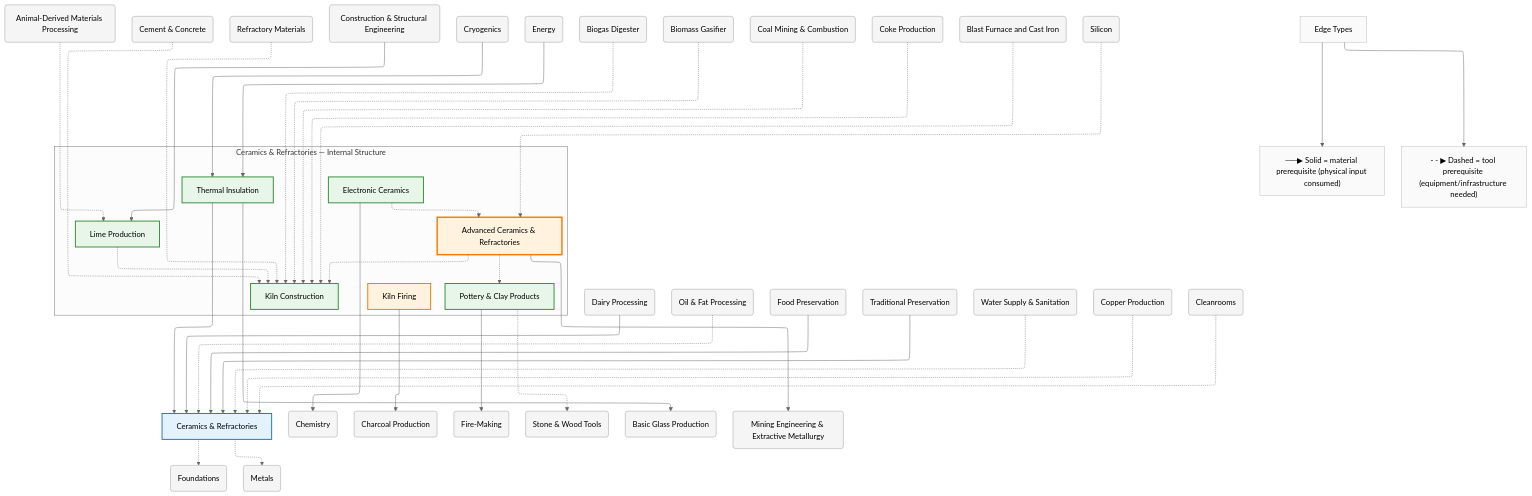
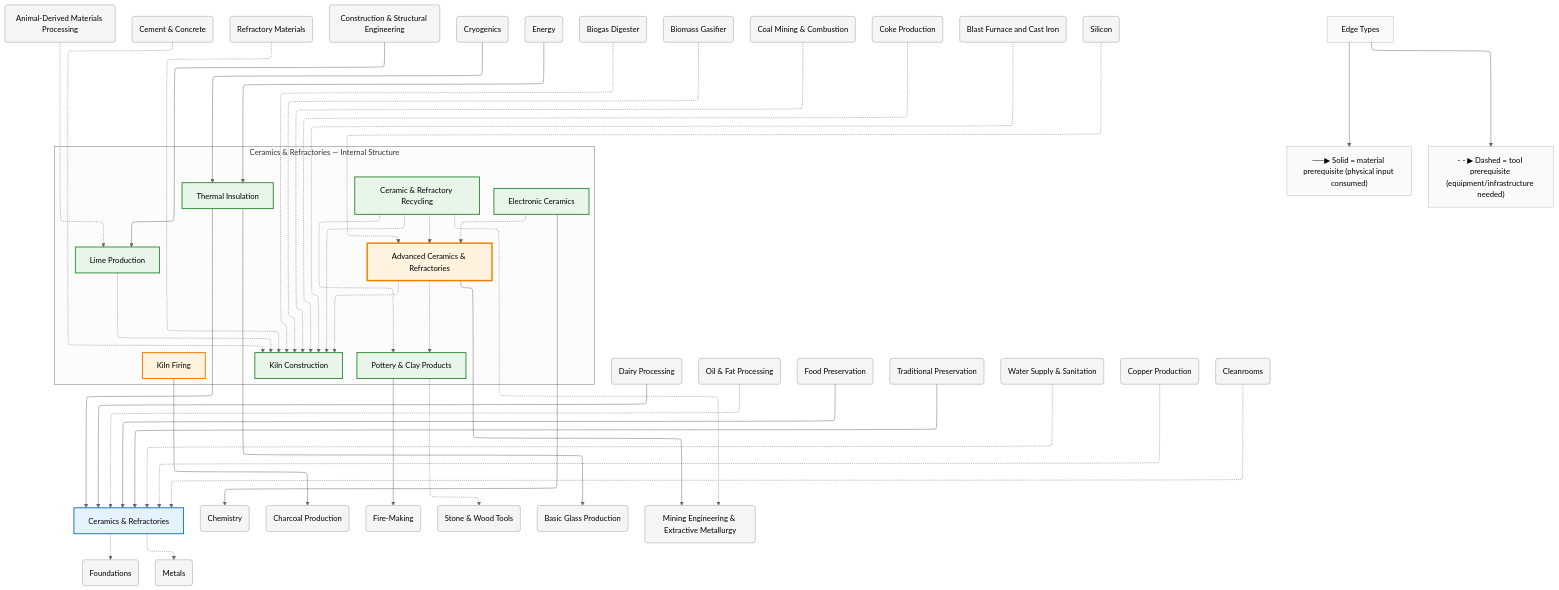
Before and after one commit to egofree/TechTree: the diagram in diagrams/mermaid/ceramics.mmd, drawn with Mermaid (neutral theme). The commit also changed 11 other files, not shown here.

First line of the commit message:
chore(diagrams): regenerate mermaid diagrams from updated entity data

```diff
--- a/diagrams/mermaid/ceramics.mmd
+++ b/diagrams/mermaid/ceramics.mmd
@@ -1,132 +1,138 @@
 %%{init: {"flowchart": {"defaultRenderer": "elk", "htmlLabels": true}}}%%
 graph TD
     %% Domain: Ceramics & Refractories
 
     %% ==================== INTERNAL NODES ====================
     subgraph ceramics_internal ["Ceramics & Refractories — Internal Structure"]
         direction TB
         ceramics_advanced-ceramics["Advanced Ceramics & Refractories"]
+        ceramics_ceramic-recycling["Ceramic & Refractory Recycling"]
         ceramics_electronic-ceramics["Electronic Ceramics"]
         ceramics_kilns["Kiln Construction"]
         ceramics_lime["Lime Production"]
         ceramics_pottery["Pottery & Clay Products"]
         ceramics_pottery_kiln-firing["Kiln Firing"]
         ceramics_thermal-insulation["Thermal Insulation"]
     end
 
     %% ==================== DOMAIN NODE ====================
     ceramics["Ceramics & Refractories"]
 
     %% ==================== EXTERNAL DEPENDENCIES ====================
     animals_animal-materials("Animal-Derived Materials Processing")
     chemistry("Chemistry")
     chemistry_cement("Cement & Concrete")
     chemistry_refractories("Refractory Materials")
     construction("Construction & Structural Engineering")
     cryogenics("Cryogenics")
     energy("Energy")
     energy_biomass-energy_biogas-digester("Biogas Digester")
     energy_biomass-energy_gasifier("Biomass Gasifier")
     energy_fuels_charcoal("Charcoal Production")
     energy_fuels_coal("Coal Mining & Combustion")
     energy_fuels_coke("Coke Production")
     food-processing_dairy("Dairy Processing")
     food-processing_oil-processing("Oil & Fat Processing")
     food-processing_preservation("Food Preservation")
     food-processing_traditional-preservation("Traditional Preservation")
     foundations("Foundations")
     foundations_fire("Fire-Making")
     foundations_tools-basic("Stone & Wood Tools")
     glass_basic("Basic Glass Production")
     health_sanitation("Water Supply & Sanitation")
     metals("Metals")
     metals_copper("Copper Production")
     metals_iron-steel_blast-furnace("Blast Furnace and Cast Iron")
     mining("Mining Engineering & Extractive Metallurgy")
     photolithography_cleanrooms("Cleanrooms")
     silicon("Silicon")
 
     %% ==================== EDGES ====================
     ceramics_advanced-ceramics -.-> ceramics_kilns
     ceramics_advanced-ceramics -.-> ceramics_pottery
+    ceramics_ceramic-recycling -.-> ceramics_advanced-ceramics
+    ceramics_ceramic-recycling -.-> ceramics_kilns
+    ceramics_ceramic-recycling -.-> ceramics_pottery
     ceramics_electronic-ceramics -.-> ceramics_advanced-ceramics
     ceramics_lime -.-> ceramics_kilns
     ceramics_thermal-insulation --> ceramics
     animals_animal-materials -.-> ceramics_lime
     ceramics_advanced-ceramics --> mining
+    ceramics_ceramic-recycling -.-> mining
     ceramics_electronic-ceramics --> chemistry
     ceramics_pottery_kiln-firing --> energy_fuels_charcoal
     ceramics_pottery --> foundations_fire
     ceramics_pottery -.-> foundations_tools-basic
     ceramics_thermal-insulation --> glass_basic
     ceramics -.-> foundations
     ceramics -.-> metals
     chemistry_cement -.-> ceramics_kilns
     chemistry_refractories -.-> ceramics_kilns
     construction --> ceramics_lime
     cryogenics --> ceramics_thermal-insulation
     energy_biomass-energy_biogas-digester -.-> ceramics_kilns
     energy_biomass-energy_gasifier -.-> ceramics_kilns
     energy_fuels_coal -.-> ceramics_kilns
     energy_fuels_coke -.-> ceramics_kilns
     energy --> ceramics_thermal-insulation
     food-processing_dairy --> ceramics
     food-processing_oil-processing -.-> ceramics
     food-processing_preservation --> ceramics
     food-processing_traditional-preservation --> ceramics
     health_sanitation -.-> ceramics
     metals_copper -.-> ceramics
     metals_iron-steel_blast-furnace -.-> ceramics_kilns
     photolithography_cleanrooms -.-> ceramics
     silicon -.-> ceramics_advanced-ceramics
 
     %% ==================== EDGE TYPE LEGEND ====================
     EdgeLegend["Edge Types"]
     EdgeLegend --> MatNote["──▶ Solid = material prerequisite (physical input consumed)"]
     EdgeLegend --> ToolNote["- - ▶ Dashed = tool prerequisite (equipment/infrastructure needed)"]
 
     %% ==================== STYLING ====================
     classDef domain fill:#e3f2fd,stroke:#1976d2,stroke-width:2px
     classDef capability fill:#e8f5e9,stroke:#388e3c,stroke-width:2px
     classDef process fill:#fff3e0,stroke:#f57c00,stroke-width:2px
     classDef critical fill:#fff3e0,stroke:#f57c00,stroke-width:3px
     classDef earlyWin fill:#e8f5e9,stroke:#388e3c,stroke-width:3px
     classDef pinnacle fill:#fce4ec,stroke:#c62828,stroke-width:3px
     classDef external fill:#f5f5f5,stroke:#9e9e9e,stroke-width:1px
     classDef legend fill:#fafafa,stroke:#bdbdbd,stroke-width:1px
     class ceramics domain
     class ceramics_advanced-ceramics critical
+    class ceramics_ceramic-recycling capability
     class ceramics_electronic-ceramics capability
     class ceramics_kilns capability
     class ceramics_lime capability
     class ceramics_pottery capability
     class ceramics_pottery_kiln-firing process
     class ceramics_thermal-insulation capability
     class animals_animal-materials external
     class chemistry external
     class chemistry_cement external
     class chemistry_refractories external
     class construction external
     class cryogenics external
     class energy external
     class energy_biomass-energy_biogas-digester external
     class energy_biomass-energy_gasifier external
     class energy_fuels_charcoal external
     class energy_fuels_coal external
     class energy_fuels_coke external
     class food-processing_dairy external
     class food-processing_oil-processing external
     class food-processing_preservation external
     class food-processing_traditional-preservation external
     class foundations external
     class foundations_fire external
     class foundations_tools-basic external
     class glass_basic external
     class health_sanitation external
     class metals external
     class metals_copper external
     class metals_iron-steel_blast-furnace external
     class mining external
     class photolithography_cleanrooms external
     class silicon external
     class EdgeLegend,MatNote,ToolNote legend
```
